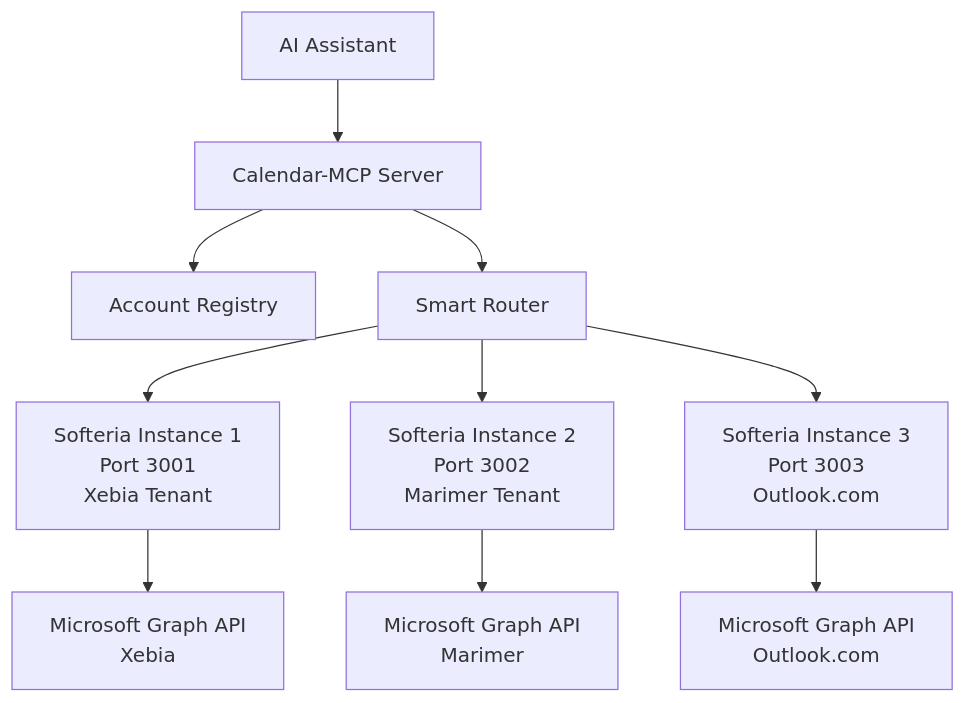
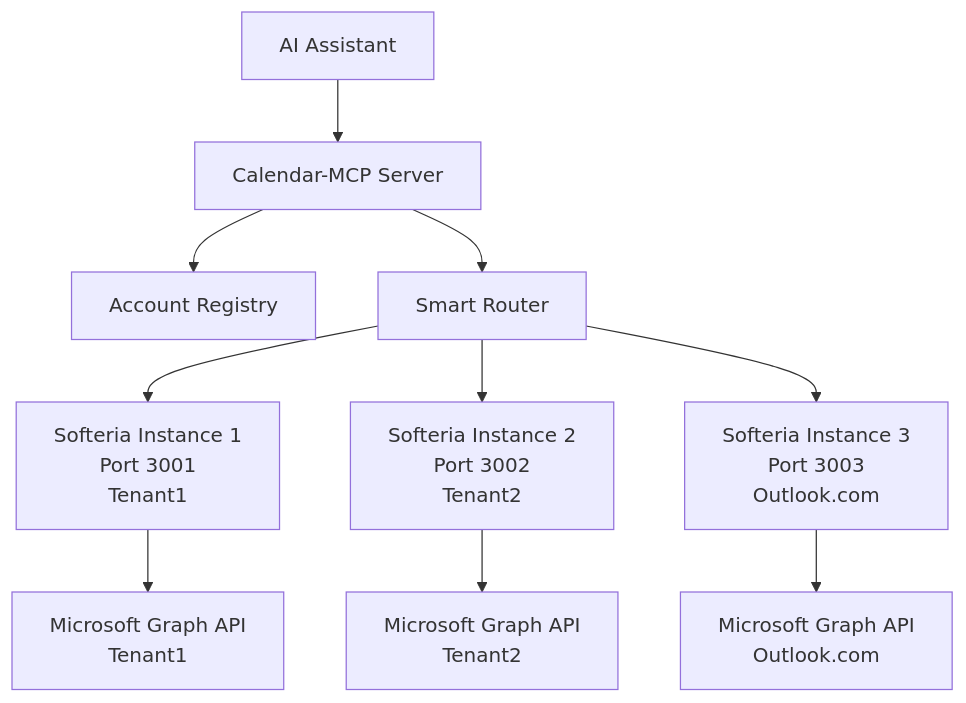
The diagram in spikes/M365MultiTenant/FINDINGS.md (rockfordlhotka/calendar-mcp), drawn with Mermaid before and after one commit. The commit also changed other lines of this file and 38 other files, not shown here.

````diff
--- a/spikes/M365MultiTenant/FINDINGS.md
+++ b/spikes/M365MultiTenant/FINDINGS.md
@@ -306,12 +306,12 @@
 ```mermaid
 graph TD
     A[AI Assistant] --> B[Calendar-MCP Server]
     B --> C[Account Registry]
     B --> D[Smart Router]
-    D --> E1[Softeria Instance 1<br/>Port 3001<br/>Xebia Tenant]
-    D --> E2[Softeria Instance 2<br/>Port 3002<br/>Marimer Tenant]
+    D --> E1[Softeria Instance 1<br/>Port 3001<br/>Tenant1]
+    D --> E2[Softeria Instance 2<br/>Port 3002<br/>Tenant2]
     D --> E3[Softeria Instance 3<br/>Port 3003<br/>Outlook.com]
-    E1 --> F1[Microsoft Graph API<br/>Xebia]
-    E2 --> F2[Microsoft Graph API<br/>Marimer]
+    E1 --> F1[Microsoft Graph API<br/>Tenant1]
+    E2 --> F2[Microsoft Graph API<br/>Tenant2]
     E3 --> F3[Microsoft Graph API<br/>Outlook.com]
 ```
````
